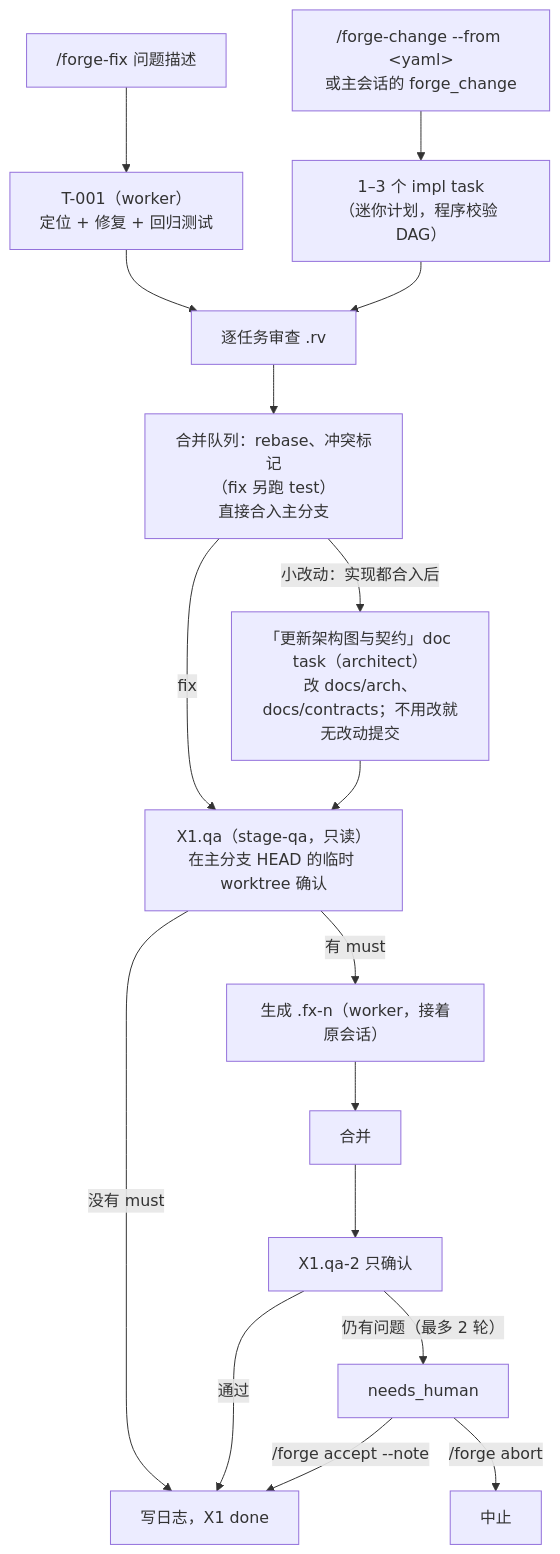
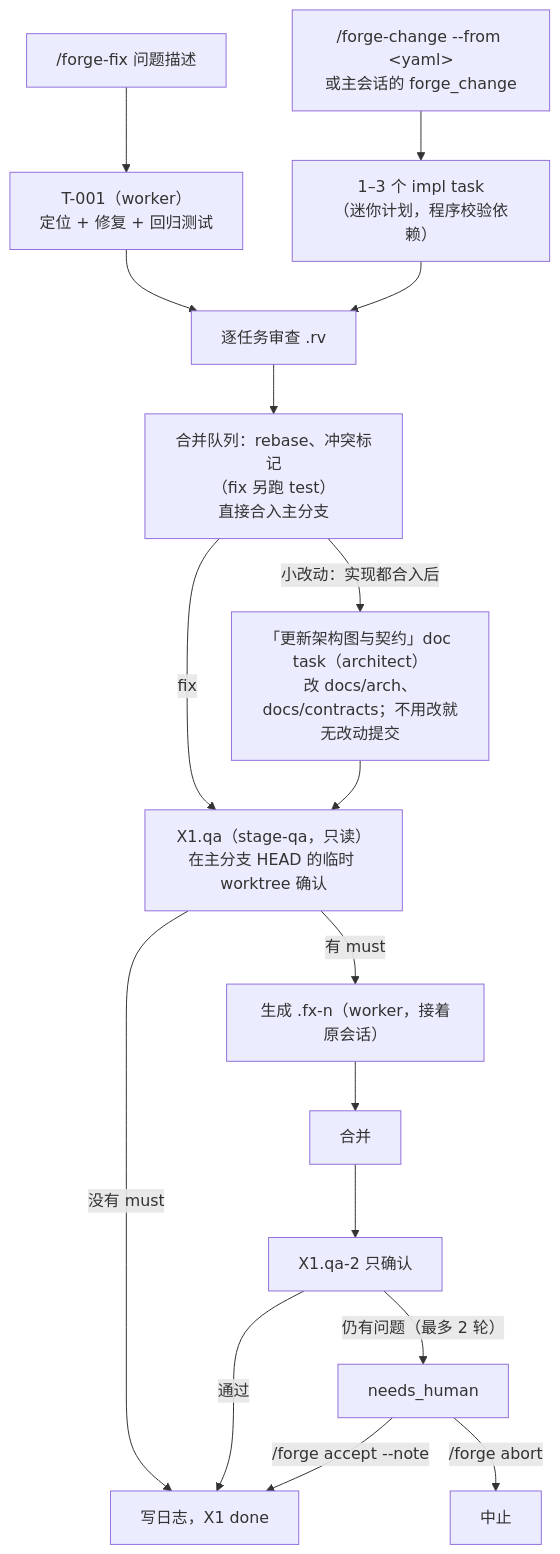
The seventh of 7 diagrams in docs/flow.md (M2tHane/pi-forge), drawn with Mermaid before and after one commit. The commit also changed other lines of this file and 48 other files, not shown here.

````diff
--- a/docs/flow.md
+++ b/docs/flow.md
@@ -172,18 +165,18 @@
 ```mermaid
 flowchart TD
     S1["/forge-fix 问题描述"] --> T1["T-001（worker）<br/>定位 + 修复 + 回归测试"]
-    S2["/forge-change --from &lt;yaml&gt;<br/>或主会话的 forge_change"] --> T2["1–3 个 impl task<br/>（迷你计划，程序校验 DAG）"]
+    S2["/forge-change --from &lt;yaml&gt;<br/>或主会话的 forge_change"] --> T2["1–3 个 impl task<br/>（迷你计划，程序校验依赖）"]
     T1 --> RV["逐任务审查 .rv"]
     T2 --> RV
     RV --> M["合并队列：rebase、冲突标记<br/>（fix 另跑 test）<br/>直接合入主分支"]
     M -->|"小改动：实现都合入后"| D["「更新架构图与契约」doc task（architect）<br/>改 docs/arch、docs/contracts；不用改就无改动提交"]
     M -->|"fix"| Q1
     D --> Q1["X1.qa（stage-qa，只读）<br/>在主分支 HEAD 的临时 worktree 确认"]
     Q1 -->|"没有 must"| LOG["写日志，X1 done"]
     Q1 -->|"有 must"| FX["生成 .fx-n（worker，接着原会话）"]
     FX --> M2["合并"] --> Q2["X1.qa-2 只确认"]
     Q2 -->|"通过"| LOG
     Q2 -->|"仍有问题（最多 2 轮）"| NH["needs_human"]
     NH -->|"/forge accept --note"| LOG
     NH -->|"/forge abort"| X["中止"]
 ```
````
